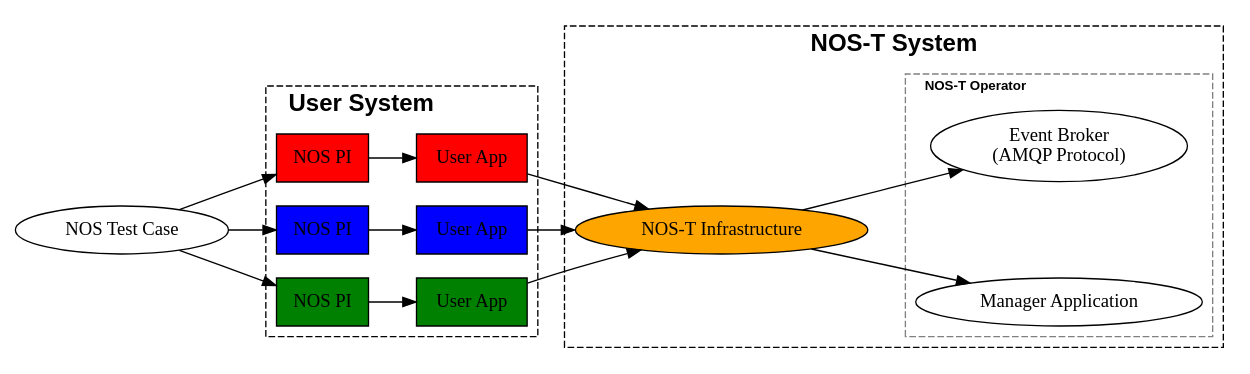
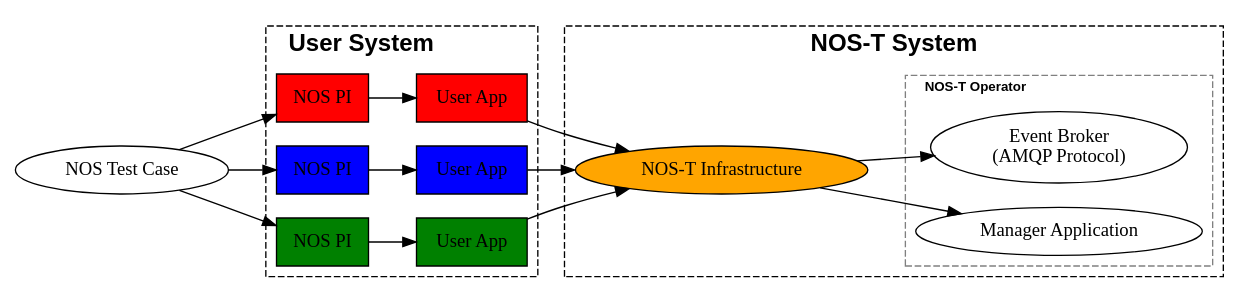
Before and after one commit to code-lab-org/nost-tools: the second of 2 diagrams in docs/source/overview/index.rst, drawn with Graphviz.

Commit message:
improve graphic

```diff
--- a/docs/source/overview/index.rst
+++ b/docs/source/overview/index.rst
@@ -102,65 +102,65 @@
 .. graphviz::
    :name: nos_t_concept
    :caption: NOS-T Graphical Concept: Visual representation of the testbed architecture and operational flow
    :align: center
-
+   
    digraph NOST_concept {
       rankdir=LR;
       
       subgraph cluster0 {
          style=dashed;
          label="User System";
          labeljust="l";
          fontsize=18;
          fontname="Helvetica-Bold";
          
          PI1 [label="NOS PI", shape=rect, style=filled, fillcolor=red];
          PI2 [label="NOS PI", shape=rect, style=filled, fillcolor=blue];
          PI3 [label="NOS PI", shape=rect, style=filled, fillcolor=green];
          
          UserApp1 [label="User App", shape=rect, style=filled, fillcolor=red];
          UserApp2 [label="User App", shape=rect, style=filled, fillcolor=blue];
          UserApp3 [label="User App", shape=rect, style=filled, fillcolor=green];
       }
       
       TestCase [label="NOS Test Case", shape=oval];
       TestCase -> PI1;
       TestCase -> PI2;
       TestCase -> PI3;
       
       PI1 -> UserApp1;
       PI2 -> UserApp2;
       PI3 -> UserApp3;
       
       subgraph cluster1 {
          style=dashed;
          label="NOS-T System";
          // labeljust="l";
          fontsize=18;
          fontname="Helvetica-Bold";
          
          Fill1 [style=invis]
          NOSTInfrastructure [label="NOS-T Infrastructure", shape=oval, style=filled, fillcolor=orange];
          Fill2 [style=invis]
          
          subgraph cluster2 {
                style=dashed;
                color=grey;
                labeljust="l";
                fontsize=10;
                label="NOS-T Operator";
                
                EventBroker [label="Event Broker\n(AMQP Protocol)"];
-               Fill [style=invis];
+               // Fill [style=invis];
                ManagerApplication [label="Manager Application"];
          }
       }
       
       UserApp1 -> NOSTInfrastructure;
       UserApp2 -> NOSTInfrastructure;
       UserApp3 -> NOSTInfrastructure;
       
       NOSTInfrastructure -> EventBroker;
-      NOSTInfrastructure -> Fill [style=invis];
+      // NOSTInfrastructure -> Fill [style=invis];
       NOSTInfrastructure -> ManagerApplication;
    }
```
